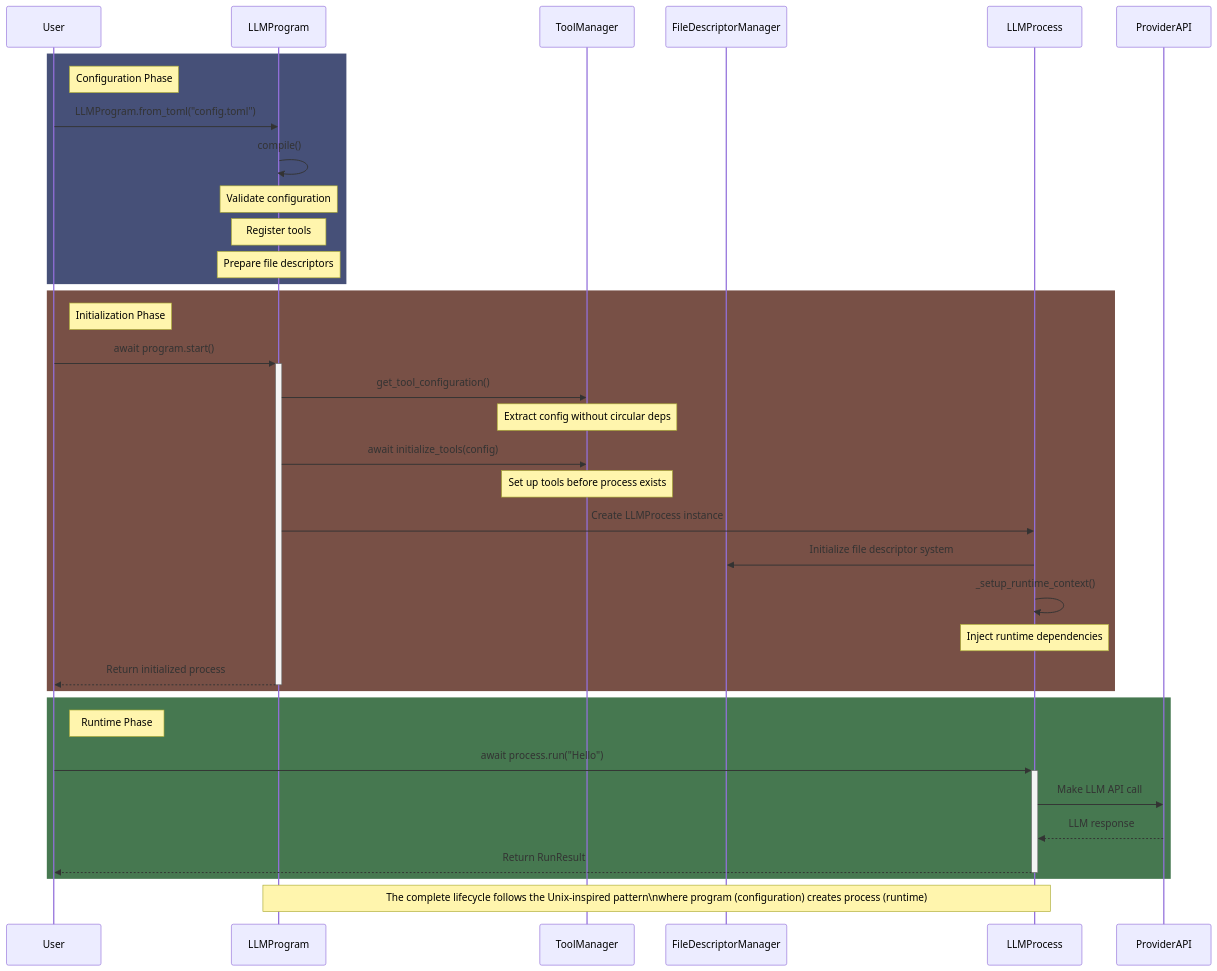
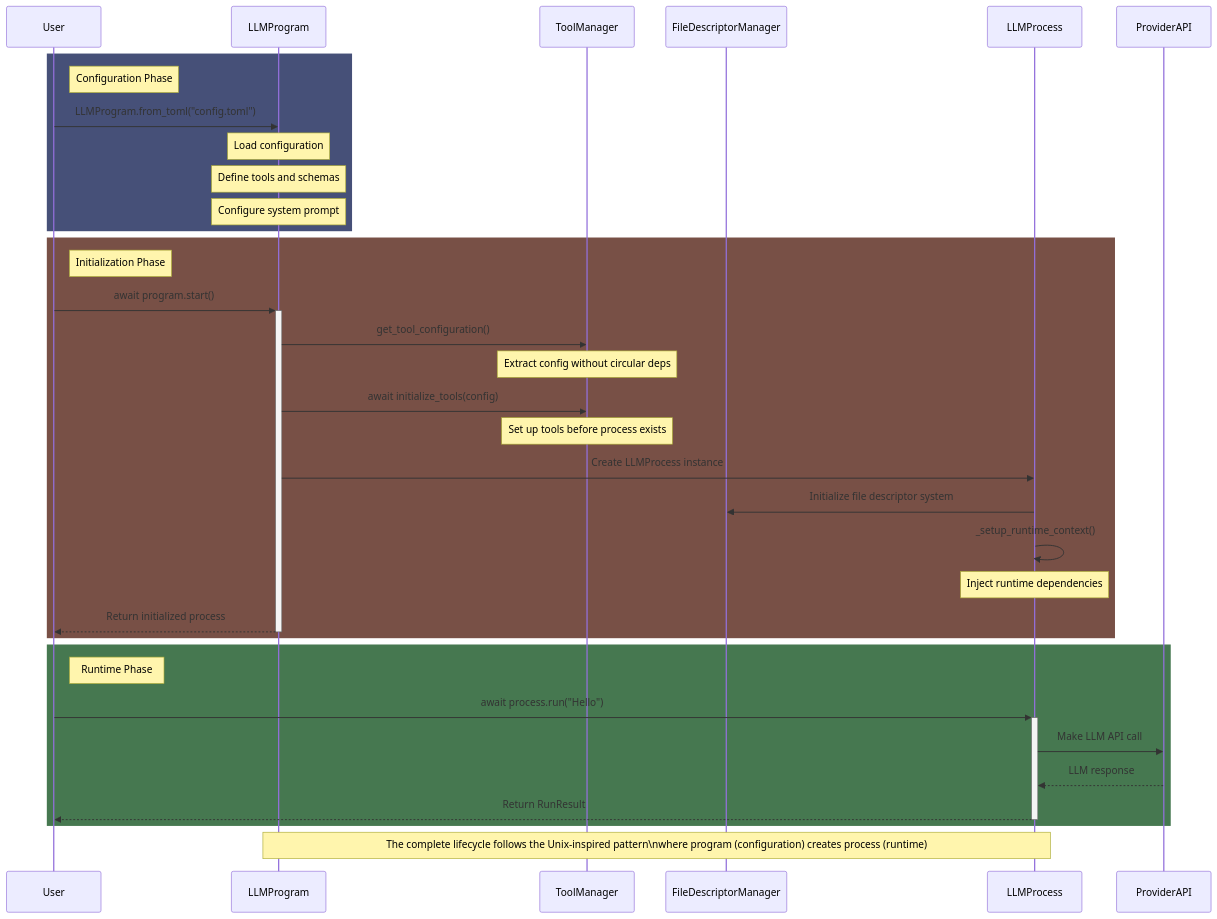
Before and after one commit to changjonathanc/llmproc: the first of 3 diagrams in docs/api/classes.md, drawn with Mermaid. The commit also changed other lines of this file and 18 other files, not shown here.

````diff
--- a/docs/api/classes.md
+++ b/docs/api/classes.md
@@ -9,50 +9,49 @@
 ```mermaid
 sequenceDiagram
     participant User
     participant Program as LLMProgram
     participant Tool as ToolManager
     participant FD as FileDescriptorManager
     participant Process as LLMProcess
     participant API as ProviderAPI
 
     %% Configuration Phase
     rect rgb(70, 80, 120)
         Note right of User: Configuration Phase
         User->>Program: LLMProgram.from_toml("config.toml")
-        Program->>Program: compile()
-        Note over Program: Validate configuration
-        Note over Program: Register tools 
-        Note over Program: Prepare file descriptors
+        Note over Program: Load configuration
+        Note over Program: Define tools and schemas
+        Note over Program: Configure system prompt 
     end
 
     %% Initialization Phase
     rect rgb(120, 80, 70)
         Note right of User: Initialization Phase
         User->>+Program: await program.start()
         
         Program->>Tool: get_tool_configuration()
         Note over Tool: Extract config without circular deps
         
         Program->>Tool: await initialize_tools(config)
         Note over Tool: Set up tools before process exists
         
         Program->>Process: Create LLMProcess instance
         
         Process->>FD: Initialize file descriptor system
         Process->>Process: _setup_runtime_context()
         Note over Process: Inject runtime dependencies
         
         Program-->>-User: Return initialized process
     end
 
     %% Runtime Phase
     rect rgb(70, 120, 80)
         Note right of User: Runtime Phase
         User->>+Process: await process.run("Hello")
         Process->>API: Make LLM API call
         API-->>Process: LLM response
         Process-->>-User: Return RunResult
     end
 
     Note over Program,Process: The complete lifecycle follows the Unix-inspired pattern\nwhere program (configuration) creates process (runtime)
 ```
````
